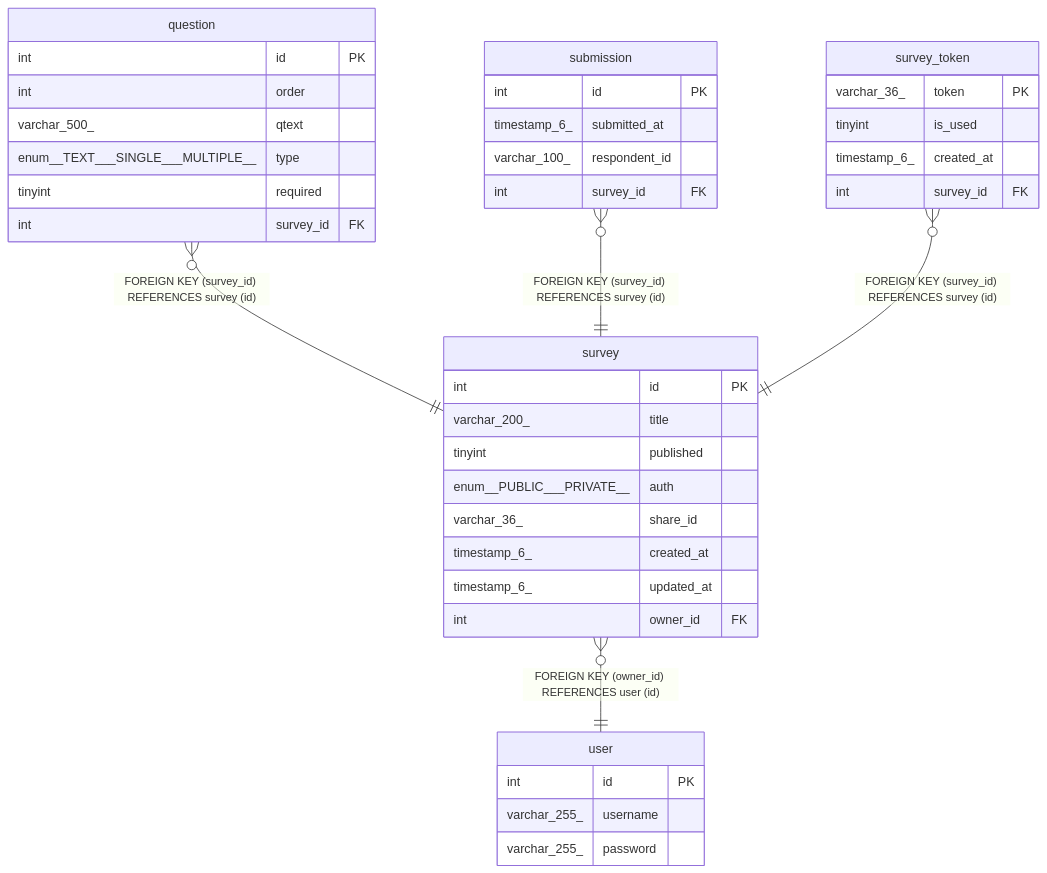
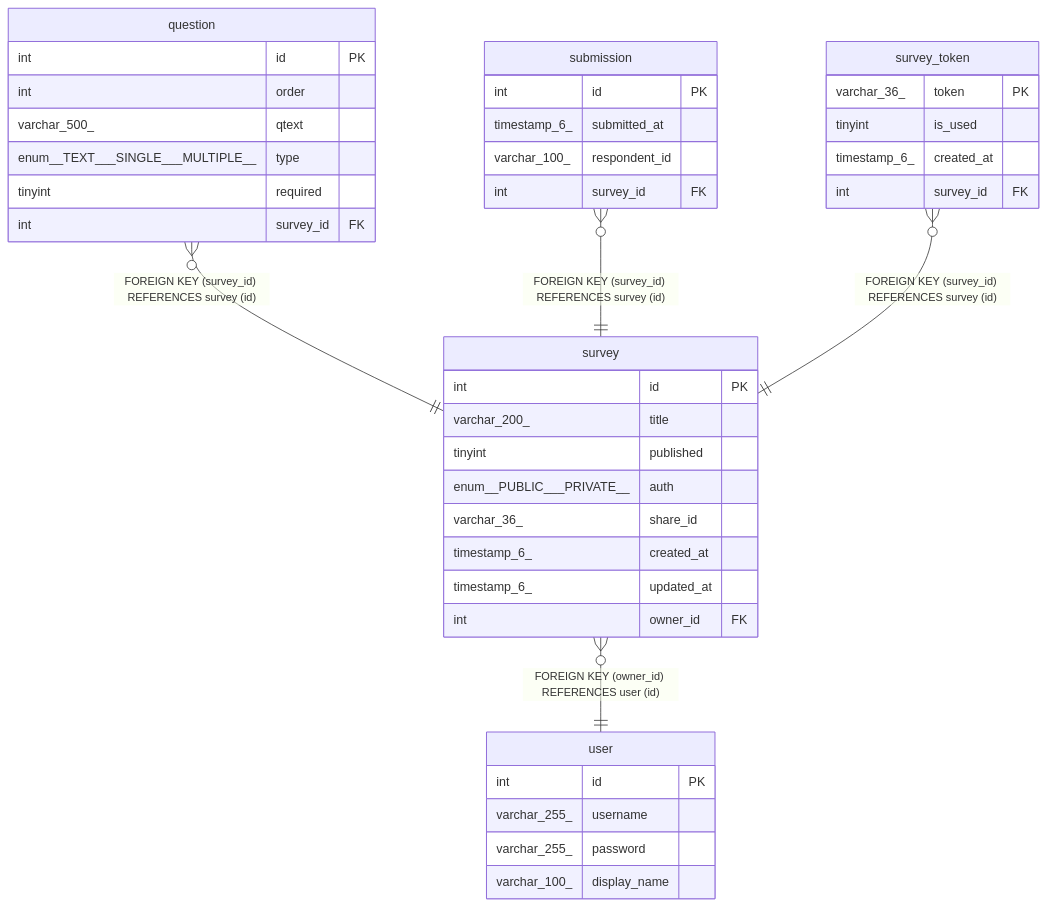
Before and after one commit to BepHblVI/First-nest: the diagram in docs/database/survey.md, drawn with Mermaid. The commit also changed 19 other files, not shown here.

````diff
--- a/docs/database/survey.md
+++ b/docs/database/survey.md
@@ -58,44 +58,45 @@
 ```mermaid
 erDiagram
 
 "question" }o--|| "survey" : "FOREIGN KEY (survey_id) REFERENCES survey (id)"
 "submission" }o--|| "survey" : "FOREIGN KEY (survey_id) REFERENCES survey (id)"
 "survey_token" }o--|| "survey" : "FOREIGN KEY (survey_id) REFERENCES survey (id)"
 "survey" }o--|| "user" : "FOREIGN KEY (owner_id) REFERENCES user (id)"
 
 "survey" {
   int id PK
   varchar_200_ title
   tinyint published
   enum__PUBLIC___PRIVATE__ auth
   varchar_36_ share_id
   timestamp_6_ created_at
   timestamp_6_ updated_at
   int owner_id FK
 }
 "question" {
   int id PK
   int order
   varchar_500_ qtext
   enum__TEXT___SINGLE___MULTIPLE__ type
   tinyint required
   int survey_id FK
 }
 "submission" {
   int id PK
   timestamp_6_ submitted_at
   varchar_100_ respondent_id
   int survey_id FK
 }
 "survey_token" {
   varchar_36_ token PK
   tinyint is_used
   timestamp_6_ created_at
   int survey_id FK
 }
 "user" {
   int id PK
   varchar_255_ username
   varchar_255_ password
+  varchar_100_ display_name
 }
 ```
````
